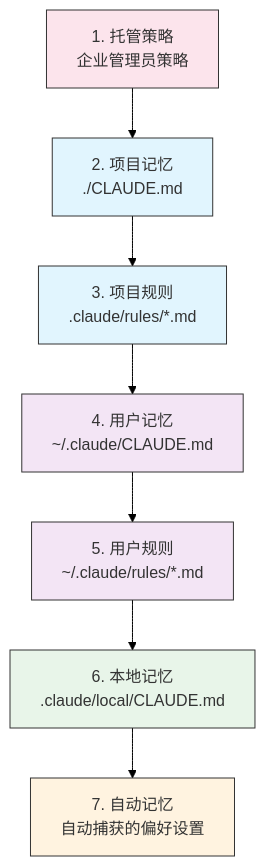
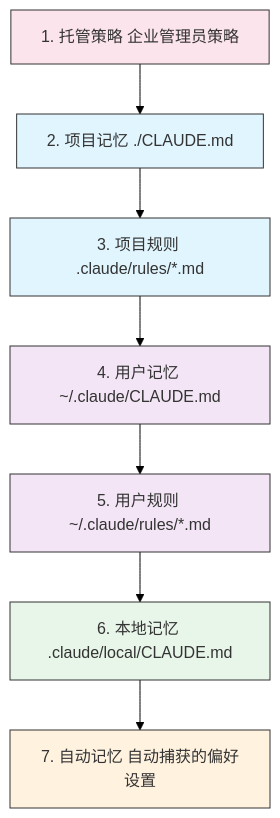
One commit to Rx782-Fss/claude-howto-zh changed the ninth of 31 diagrams in claude_concepts_guide.md. Above: the diagram before and after it, drawn with Mermaid (forest theme). The commit also changed other lines of this file and 5 other files, not shown here.

Commit message:
fix: Mermaid 内全角括号/问号/emoji/<br/> 改为半角ASCII避免 GitHub 渲染失败

````diff
--- a/claude_concepts_guide.md
+++ b/claude_concepts_guide.md
@@ -569,17 +569,17 @@
 ```mermaid
 graph TD
-    A["1. 托管策略<br/>企业管理员策略"] --> B["2. 项目记忆<br/>./CLAUDE.md"]
-    B --> C["3. 项目规则<br/>.claude/rules/*.md"]
-    C --> D["4. 用户记忆<br/>~/.claude/CLAUDE.md"]
-    D --> E["5. 用户规则<br/>~/.claude/rules/*.md"]
-    E --> F["6. 本地记忆<br/>.claude/local/CLAUDE.md"]
-    F --> G["7. 自动记忆<br/>自动捕获的偏好设置"]
+    A["1. 托管策略 企业管理员策略"] --> B["2. 项目记忆 ./CLAUDE.md"]
+    B --> C["3. 项目规则 .claude/rules/*.md"]
+    C --> D["4. 用户记忆 ~/.claude/CLAUDE.md"]
+    D --> E["5. 用户规则 ~/.claude/rules/*.md"]
+    E --> F["6. 本地记忆 .claude/local/CLAUDE.md"]
+    F --> G["7. 自动记忆 自动捕获的偏好设置"]
 
     style A fill:#fce4ec,stroke:#333,color:#333
     style B fill:#e1f5fe,stroke:#333,color:#333
     style C fill:#e1f5fe,stroke:#333,color:#333
     style D fill:#f3e5f5,stroke:#333,color:#333
     style E fill:#f3e5f5,stroke:#333,color:#333
     style F fill:#e8f5e9,stroke:#333,color:#333
     style G fill:#fff3e0,stroke:#333,color:#333
 ```
````
